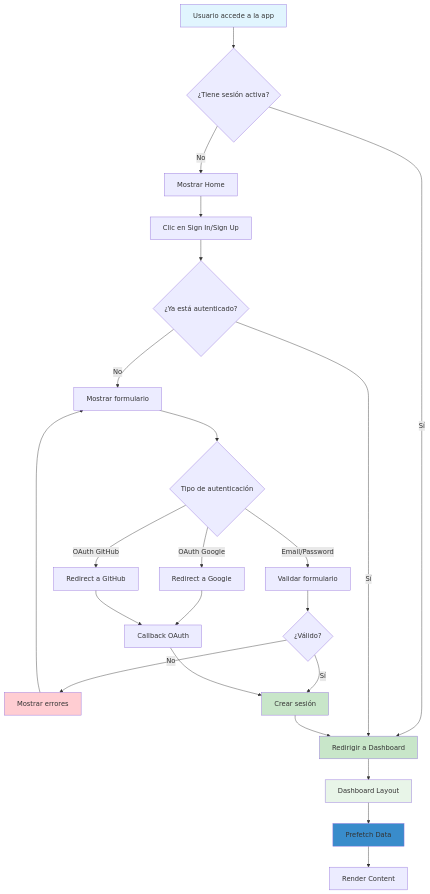
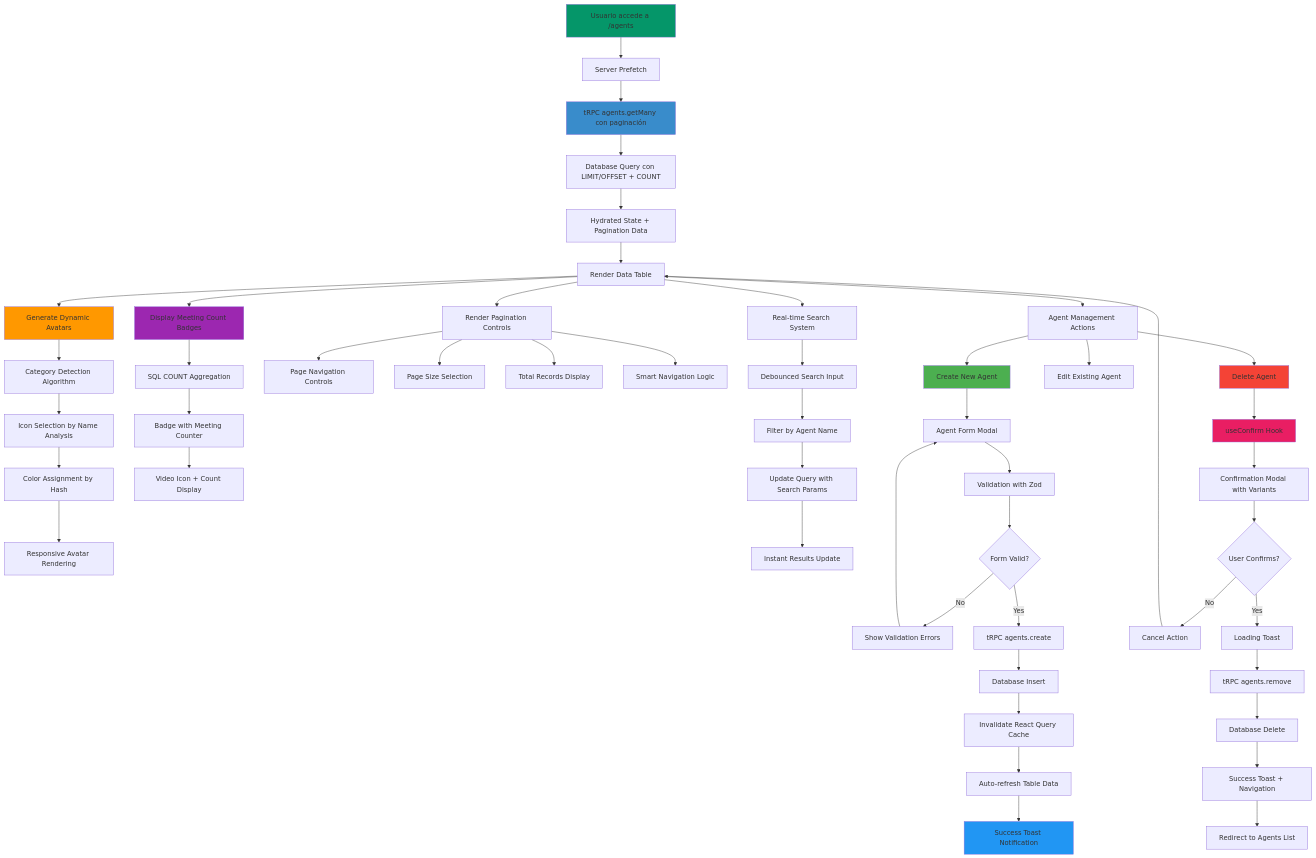
One commit to felipesanchez-dev/agentesia changed the second of 14 diagrams in README.md. Above: the diagram before and after it, drawn with Mermaid. The commit also changed other lines of this file, not shown here.

Commit message:
Implement feature X to enhance user experience and fix bug Y in module Z

````diff
--- a/README.md
+++ b/README.md
@@ -218,38 +274,71 @@
 ```mermaid
 flowchart TD
-    A[Usuario accede a la app] --> B{¿Tiene sesión activa?}
-    B -->|Sí| C[Redirigir a Dashboard]
-    B -->|No| D[Mostrar Home]
+    A[Usuario accede a /agents] --> B[Server Prefetch]
+    B --> C[tRPC agents.getMany con paginación]
+    C --> D[Database Query con LIMIT/OFFSET + COUNT]
+    D --> E[Hydrated State + Pagination Data]
 
-    D --> E[Clic en Sign In/Sign Up]
-    E --> F{¿Ya está autenticado?}
-    F -->|Sí| C
-    F -->|No| G[Mostrar formulario]
+    E --> F[Render Data Table]
+    F --> G[Generate Dynamic Avatars]
+    F --> H[Display Meeting Count Badges]
+    F --> I[Render Pagination Controls]
 
-    G --> H{Tipo de autenticación}
-    H -->|Email/Password| I[Validar formulario]
-    H -->|OAuth Google| J[Redirect a Google]
-    H -->|OAuth GitHub| K[Redirect a GitHub]
+    G --> J[Category Detection Algorithm]
+    J --> K[Icon Selection by Name Analysis]
+    K --> L[Color Assignment by Hash]
+    L --> M[Responsive Avatar Rendering]
 
-    I --> L{¿Válido?}
-    L -->|No| M[Mostrar errores]
-    L -->|Sí| N[Crear sesión]
+    H --> N[SQL COUNT Aggregation]
+    N --> O[Badge with Meeting Counter]
+    O --> P[Video Icon + Count Display]
 
-    J --> O[Callback OAuth]
-    K --> O
-    O --> N
+    I --> Q[Page Navigation Controls]
+    I --> R[Page Size Selection]
+    I --> S[Total Records Display]
+    I --> T[Smart Navigation Logic]
 
-    M --> G
-    N --> C
+    F --> U[Real-time Search System]
+    U --> V[Debounced Search Input]
+    V --> W[Filter by Agent Name]
+    W --> X[Update Query with Search Params]
+    X --> Y[Instant Results Update]
 
-    C --> P[Dashboard Layout]
-    P --> Q[Prefetch Data]
-    Q --> R[Render Content]
+    F --> Z[Agent Management Actions]
+    Z --> AA[Create New Agent]
+    Z --> AB[Edit Existing Agent]
+    Z --> AC[Delete Agent]
 
-    style A fill:#e1f5fe
-    style C fill:#c8e6c9
-    style N fill:#c8e6c9
-    style M fill:#ffcdd2
-    style P fill:#e8f5e8
-    style Q fill:#398CCB
+    AA --> AD[Agent Form Modal]
+    AD --> AE[Validation with Zod]
+    AE --> AF{Form Valid?}
+    AF -->|No| AG[Show Validation Errors]
+    AF -->|Yes| AH[tRPC agents.create]
+
+    AH --> AI[Database Insert]
+    AI --> AJ[Invalidate React Query Cache]
+    AJ --> AK[Auto-refresh Table Data]
+    AK --> AL[Success Toast Notification]
+
+    AC --> AM[useConfirm Hook]
+    AM --> AN[Confirmation Modal with Variants]
+    AN --> AO{User Confirms?}
+    AO -->|No| AP[Cancel Action]
+    AO -->|Yes| AQ[Loading Toast]
+
+    AQ --> AR[tRPC agents.remove]
+    AR --> AS[Database Delete]
+    AS --> AT[Success Toast + Navigation]
+    AT --> AU[Redirect to Agents List]
+
+    AG --> AD
+    AP --> F
+
+    style A fill:#059669
+    style C fill:#398CCB
+    style G fill:#ff9800
+    style H fill:#9c27b0
+    style AA fill:#4caf50
+    style AC fill:#f44336
+    style AL fill:#2196f3
+    style AM fill:#e91e63
 ```
````
